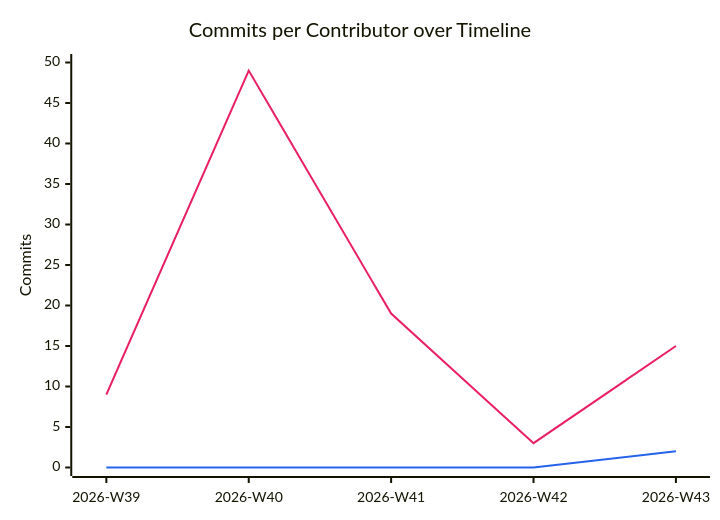
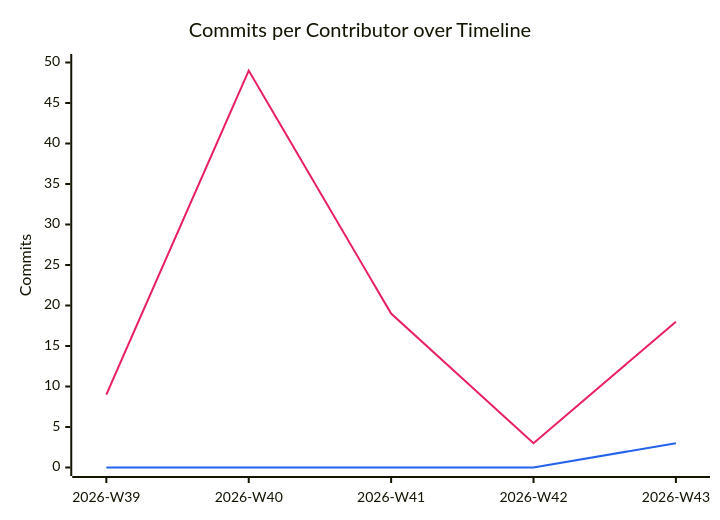
The diagram in documentation/snippets/management/commit-velocity.mmd (BeyondMagic/wisp), drawn with Mermaid before and after one commit. The commit also changed 2 other files, not shown here.

```diff
--- a/documentation/snippets/management/commit-velocity.mmd
+++ b/documentation/snippets/management/commit-velocity.mmd
@@ -1,7 +1,7 @@
 %%{init: {"themeVariables": {"xyChart": {"plotColorPalette": "#e91e63, #2563eb"}}}}%%
 xychart-beta
     title "Commits per Contributor over Timeline"
     x-axis ["2026-W39", "2026-W40", "2026-W41", "2026-W42", "2026-W43"]
     y-axis "Commits" 0 --> 50
-    line [9, 49, 19, 3, 15]
-    line [0, 0, 0, 0, 2]
+    line [9, 49, 19, 3, 18]
+    line [0, 0, 0, 0, 3]
```
